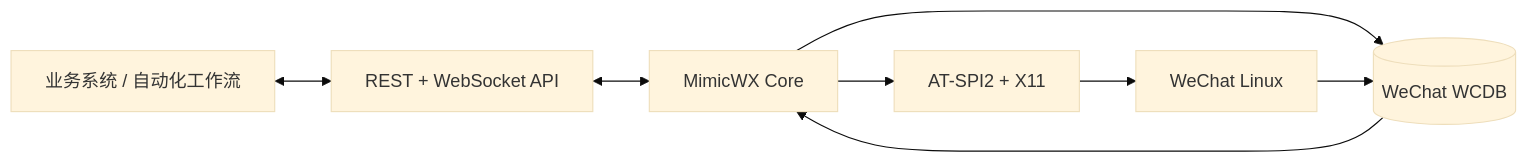
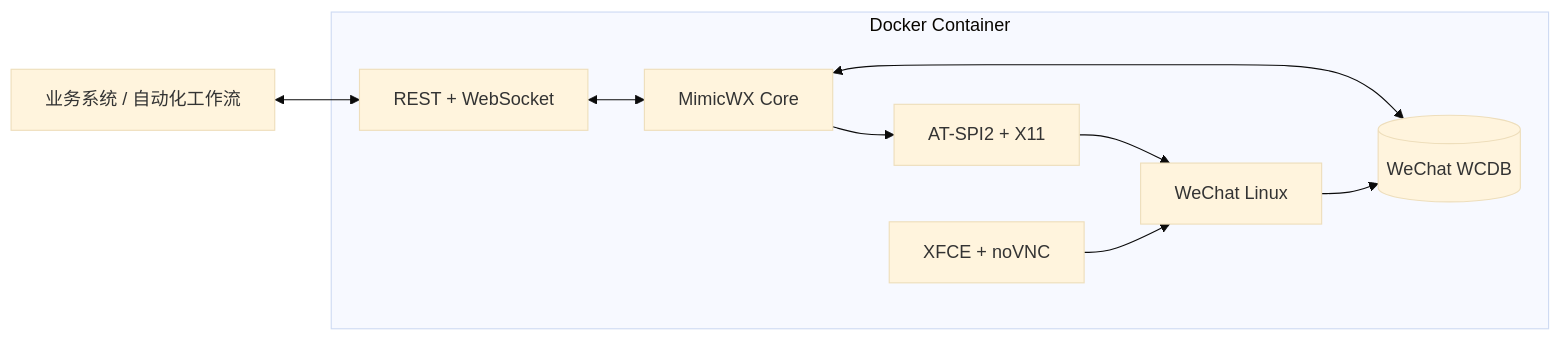
Before and after one commit to qianshulab/MimicWX-Linux: the diagram in README.md, drawn with Mermaid (base theme). The commit also changed other lines of this file and 14 other files, not shown here.

````diff
--- a/README.md
+++ b/README.md
@@ -29,17 +68,20 @@
 ```mermaid
 flowchart LR
-    Client[业务系统 / 自动化工作流]
-    API[REST + WebSocket API]
-    Core[MimicWX Core]
-    DB[(WeChat WCDB)]
-    UI[AT-SPI2 + X11]
-    WX[WeChat Linux]
+    Consumer[业务系统 / 自动化工作流]
 
-    Client <--> API
+    subgraph Container[Docker Container]
+        API[REST + WebSocket]
+        Core[MimicWX Core]
+        DB[(WeChat WCDB)]
+        Driver[AT-SPI2 + X11]
+        WX[WeChat Linux]
+        Desktop[XFCE + noVNC]
+    end
+
+    Consumer <--> API
     API <--> Core
-    Core --> DB
-    DB --> Core
-    Core --> UI
-    UI --> WX
+    Core <--> DB
+    Core --> Driver --> WX
     WX --> DB
+    Desktop --> WX
 ```
````
